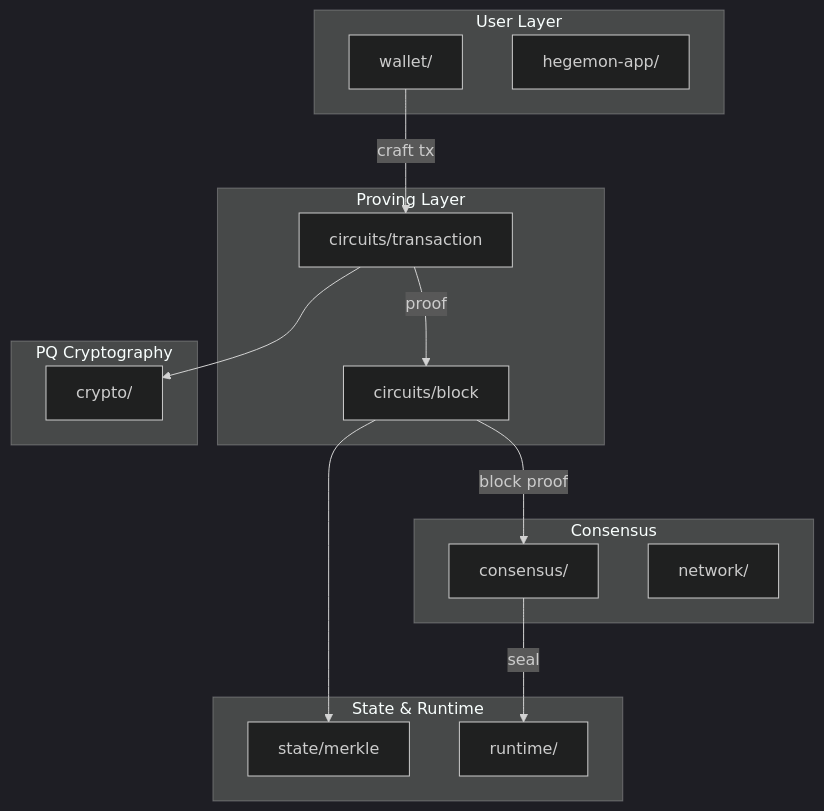
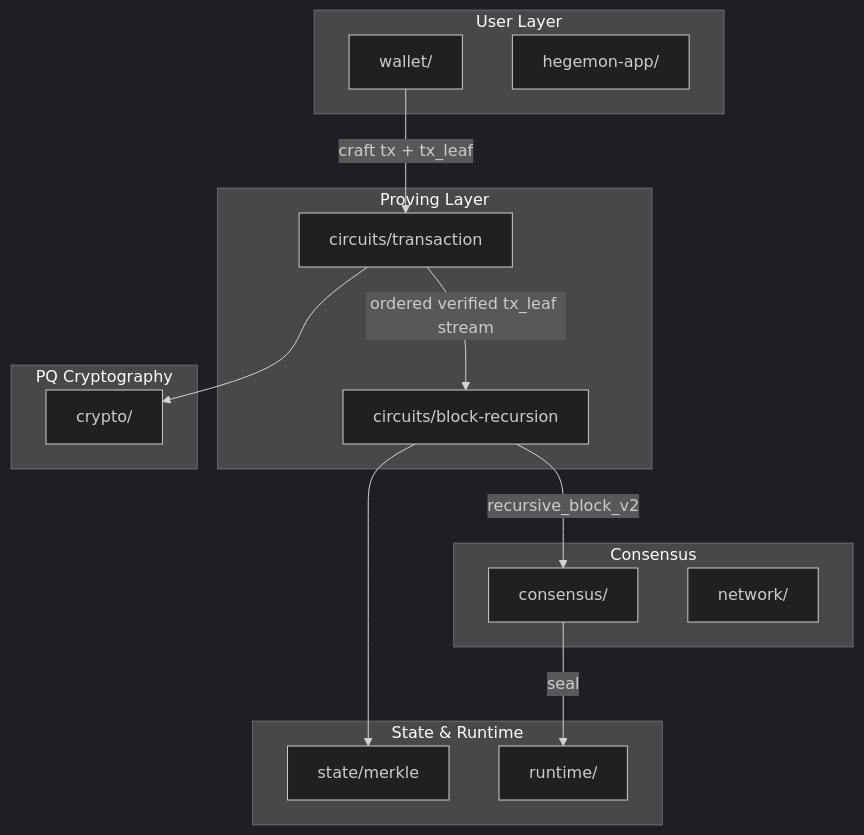
One commit to Pauli-Group/Hegemon changed the first of 2 diagrams in README.md. Above: the diagram before and after it, drawn with Mermaid (dark theme). The commit also changed other lines of this file and 6 other files, not shown here.

Commit message:
feat: Integrate block-recursion crate and enhance RecursiveBlockV2 support

````diff
--- a/README.md
+++ b/README.md
@@ -27,33 +27,33 @@
 ```mermaid
 flowchart TB
     subgraph User["User Layer"]
         W[wallet/]
         UI[hegemon-app/]
     end
 
     subgraph Proving["Proving Layer"]
         CT[circuits/transaction]
-        CB[circuits/block]
+        BR[circuits/block-recursion]
     end
 
     subgraph Crypto["PQ Cryptography"]
         CR[crypto/]
     end
 
     subgraph Consensus["Consensus"]
         CON[consensus/]
         NET[network/]
     end
 
     subgraph State["State & Runtime"]
         SM[state/merkle]
         RT[runtime/]
     end
 
-    W -->|craft tx| CT
-    CT -->|proof| CB
-    CB -->|block proof| CON
+    W -->|craft tx + tx_leaf| CT
+    CT -->|ordered verified tx_leaf stream| BR
+    BR -->|recursive_block_v2| CON
     CON -->|seal| RT
     CT --> CR
-    CB --> SM
+    BR --> SM
 ```
````
